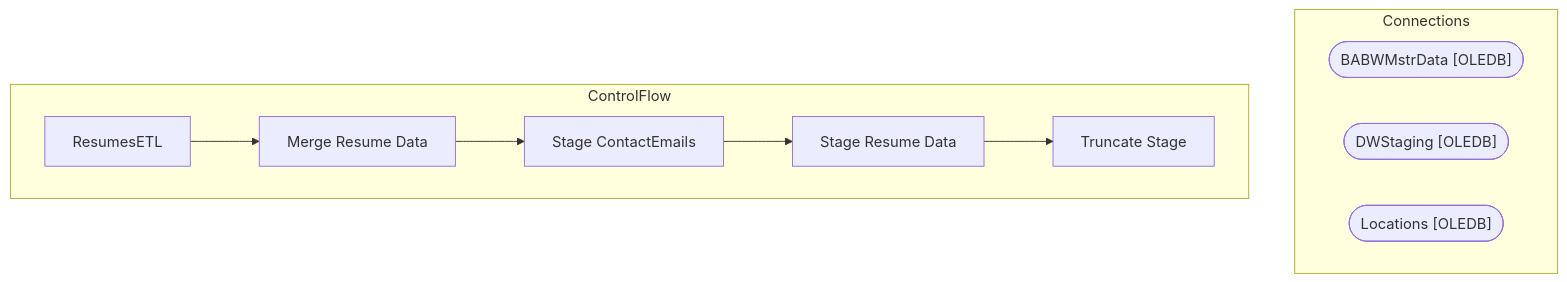
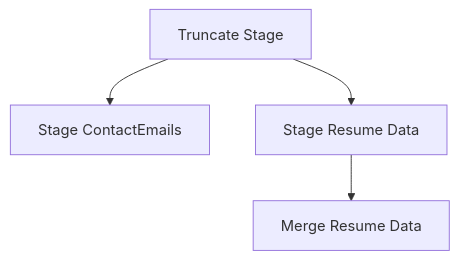
One commit to juanandresbrain/BABSkills changed the diagram in bab-docs-explorer/Documentation/STL-SSIS-P-01/SSIS/Papamart/ResumesETL.ResumesETL.md. Above: the diagram before and after it, drawn with Mermaid. The commit also changed other lines of this file and 273 other files, not shown here.

````diff
--- a/bab-docs-explorer/Documentation/STL-SSIS-P-01/SSIS/Papamart/ResumesETL.ResumesETL.md
+++ b/bab-docs-explorer/Documentation/STL-SSIS-P-01/SSIS/Papamart/ResumesETL.ResumesETL.md
@@ -9,19 +36,10 @@
 ```mermaid
 flowchart TD
-    subgraph Connections
-        BABWMstrData_conn(["BABWMstrData [OLEDB]"])
-        DWStaging_conn(["DWStaging [OLEDB]"])
-        Locations_conn(["Locations [OLEDB]"])
-    end
-    subgraph ControlFlow
-        ResumesETL_task["ResumesETL"]
-        Merge_Resume_Data_task["Merge Resume Data"]
-        ResumesETL_task --> Merge_Resume_Data_task
-        Stage_ContactEmails_task["Stage ContactEmails"]
-        Merge_Resume_Data_task --> Stage_ContactEmails_task
-        Stage_Resume_Data_task["Stage Resume Data"]
-        Stage_ContactEmails_task --> Stage_Resume_Data_task
-        Truncate_Stage_task["Truncate Stage"]
-        Stage_Resume_Data_task --> Truncate_Stage_task
-    end
+    n_Package_Merge_Resume_Data["Merge Resume Data"]
+    n_Package_Stage_ContactEmails["Stage ContactEmails"]
+    n_Package_Stage_Resume_Data["Stage Resume Data"]
+    n_Package_Truncate_Stage["Truncate Stage"]
+    n_Package_Truncate_Stage --> n_Package_Stage_Resume_Data
+    n_Package_Stage_Resume_Data --> n_Package_Merge_Resume_Data
+    n_Package_Truncate_Stage --> n_Package_Stage_ContactEmails
 ```
````
